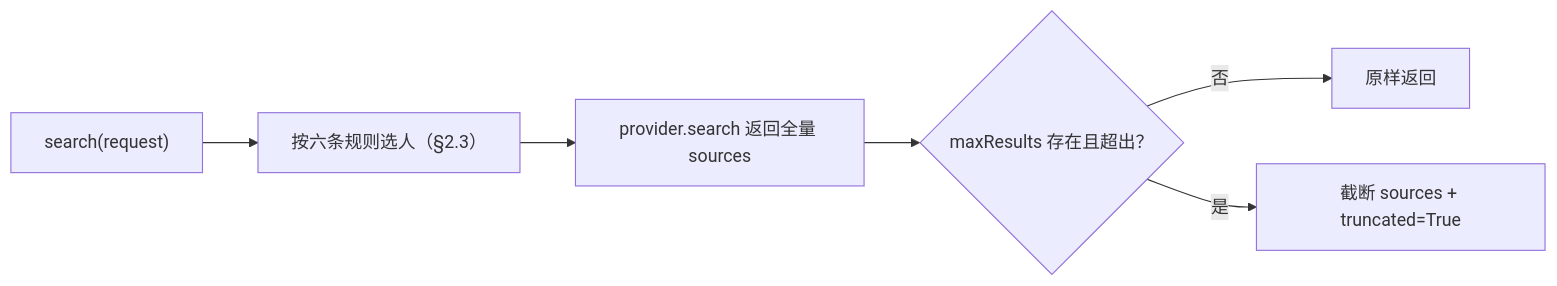
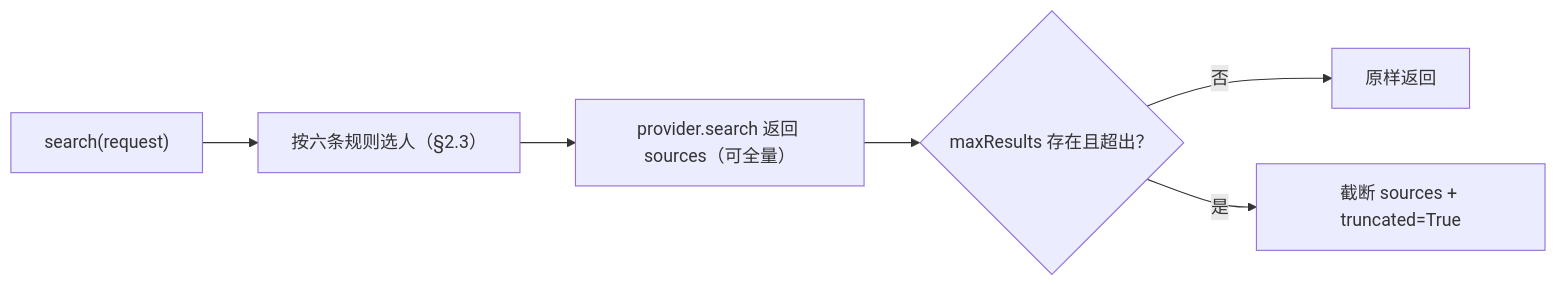
One commit to ChenYu1991ppak/deepseek-harness-anatomy changed the third of 5 diagrams in ch13/ch13-web-lsp_zh.md. Above: the diagram before and after it, drawn with Mermaid. The commit also changed other lines of this file and 124 other files, not shown here.

````diff
--- a/ch13/ch13-web-lsp_zh.md
+++ b/ch13/ch13-web-lsp_zh.md
@@ -304,8 +315,8 @@
 ```mermaid
 flowchart LR
     A["search(request)"] --> B["按六条规则选人（§2.3）"]
-    B --> C["provider.search 返回全量 sources"]
+    B --> C["provider.search 返回 sources（可全量）"]
     C --> D{"maxResults 存在且超出？"}
     D -- "否" --> E["原样返回"]
     D -- "是" --> F["截断 sources + truncated=True"]
 ```
````
